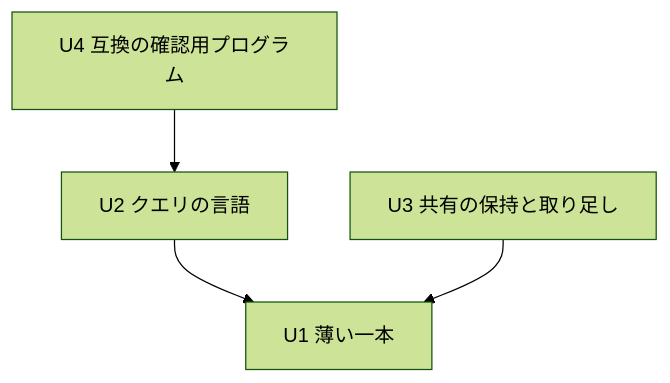
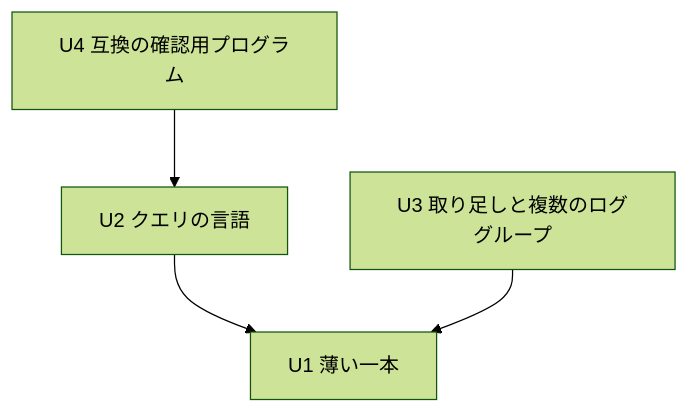
Before and after one commit to kdnakt/local-sights: the diagram in aidlc/spaces/default/intents/261017-insights-query/inception/units-generation/unit-of-work-dependency.md, drawn with Mermaid (forest theme). The commit also changed other lines of this file and 9 other files, not shown here.

````diff
--- a/aidlc/spaces/default/intents/261017-insights-query/inception/units-generation/unit-of-work-dependency.md
+++ b/aidlc/spaces/default/intents/261017-insights-query/inception/units-generation/unit-of-work-dependency.md
@@ -25,6 +25,6 @@
 ```mermaid
 graph TD
   U2["U2 クエリの言語"] --> U1["U1 薄い一本"]
-  U3["U3 共有の保持と取り足し"] --> U1
+  U3["U3 取り足しと複数のロググループ"] --> U1
   U4["U4 互換の確認用プログラム"] --> U2
 ```
````
